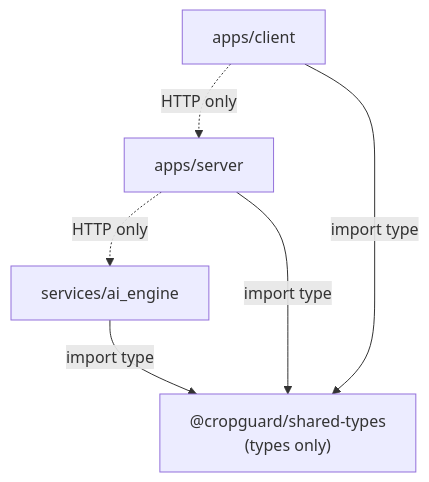
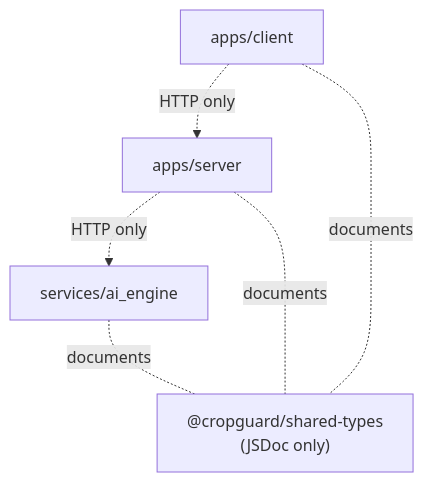
The first of 10 diagrams in docs/ARCHITECTURE.md (avibelay100-eng/CropGuard), drawn with Mermaid before and after one commit. The commit also changed other lines of this file and 221 other files, not shown here.

````diff
--- a/docs/ARCHITECTURE.md
+++ b/docs/ARCHITECTURE.md
@@ -67,14 +67,14 @@
 ```mermaid
 flowchart TD
-    T["@cropguard/shared-types<br/>(types only)"]
+    T["@cropguard/shared-types<br/>(JSDoc only)"]
     A["services/ai_engine"]
     S["apps/server"]
     C["apps/client"]
 
-    A -- "import type" --> T
-    S -- "import type" --> T
-    C -- "import type" --> T
+    A -. "documents" .- T
+    S -. "documents" .- T
+    C -. "documents" .- T
 
     C -. "HTTP only" .-> S
     S -. "HTTP only" .-> A
 ```
````
